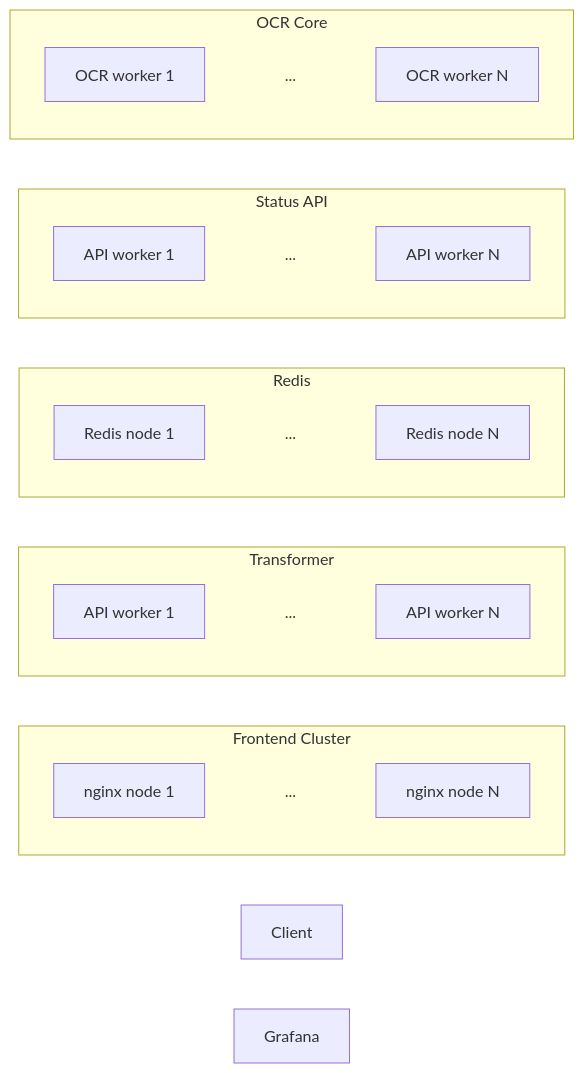
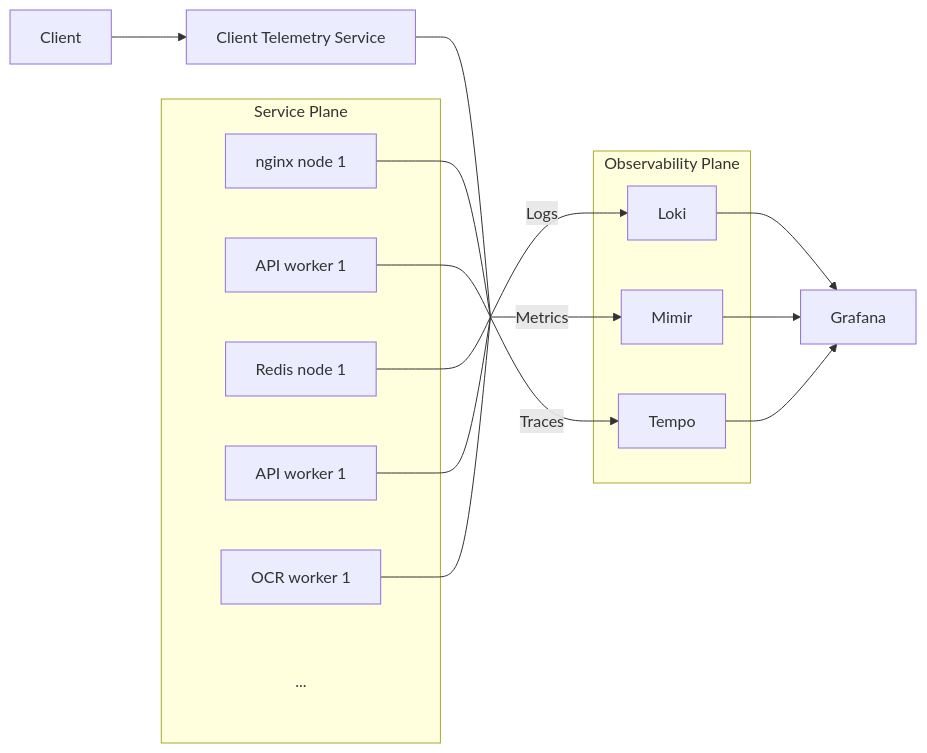
Before and after one commit to OzuYatamutsu/project-overengineer: the third of 3 diagrams in README.md, drawn with Mermaid. The commit also changed other lines of this file, not shown here.

Commit message:
Diagram complete, added Phase 4

````diff
--- a/README.md
+++ b/README.md
@@ -234,37 +236,41 @@
 ```mermaid
 graph LR
     Client["Client"]
+    ClientTelemetry["Client Telemetry Service"]
+    TelemetrySplitter[" "]:::split
+    TelemetrySplitter2[" "]:::split
     Grafana["Grafana"]
 
-    subgraph Frontend Cluster
+    subgraph Service Plane
         N1["nginx node 1"]
-        NX["..."]:::plainText
-        N2["nginx node N"]
+        T1["API worker 1"]
+        R1["Redis node 1"]
+        S1["API worker 1"]
+        O1["OCR worker 1"]
+        XX["..."]:::plainText
     end
 
-    subgraph Transformer
-        T1["API worker 1"]
-        TX["..."]:::plainText
-        T2["API worker N"]
+    subgraph Observability Plane
+        Loki["Loki"]
+        Mimir["Mimir"]
+        Tempo["Tempo"]
     end
 
-    subgraph Redis
-        R1["Redis node 1"]
-        RX["..."]:::plainText
-        R2["Redis node N"]
-    end
+    Client --> ClientTelemetry
+    ClientTelemetry --- TelemetrySplitter
+    N1 --- TelemetrySplitter
+    T1 --- TelemetrySplitter
+    R1 --- TelemetrySplitter
+    S1 --- TelemetrySplitter
+    O1 --- TelemetrySplitter
+    TelemetrySplitter -->|Logs| Loki
+    TelemetrySplitter -->|Metrics| Mimir
+    TelemetrySplitter -->|Traces| Tempo
 
-    subgraph Status API
-        S1["API worker 1"]
-        SX["..."]:::plainText
-        S2["API worker N"]
-    end
-
-    subgraph OCR Core
-        O1["OCR worker 1"]
-        OX["..."]:::plainText
-        O2["OCR worker N"]
-    end
+    Loki --> Grafana
+    Mimir --> Grafana
+    Tempo --> Grafana
 
 classDef plainText fill:none,stroke:none;
+classDef split fill:none,stroke:none,width:0,height:0;
 ```
````
